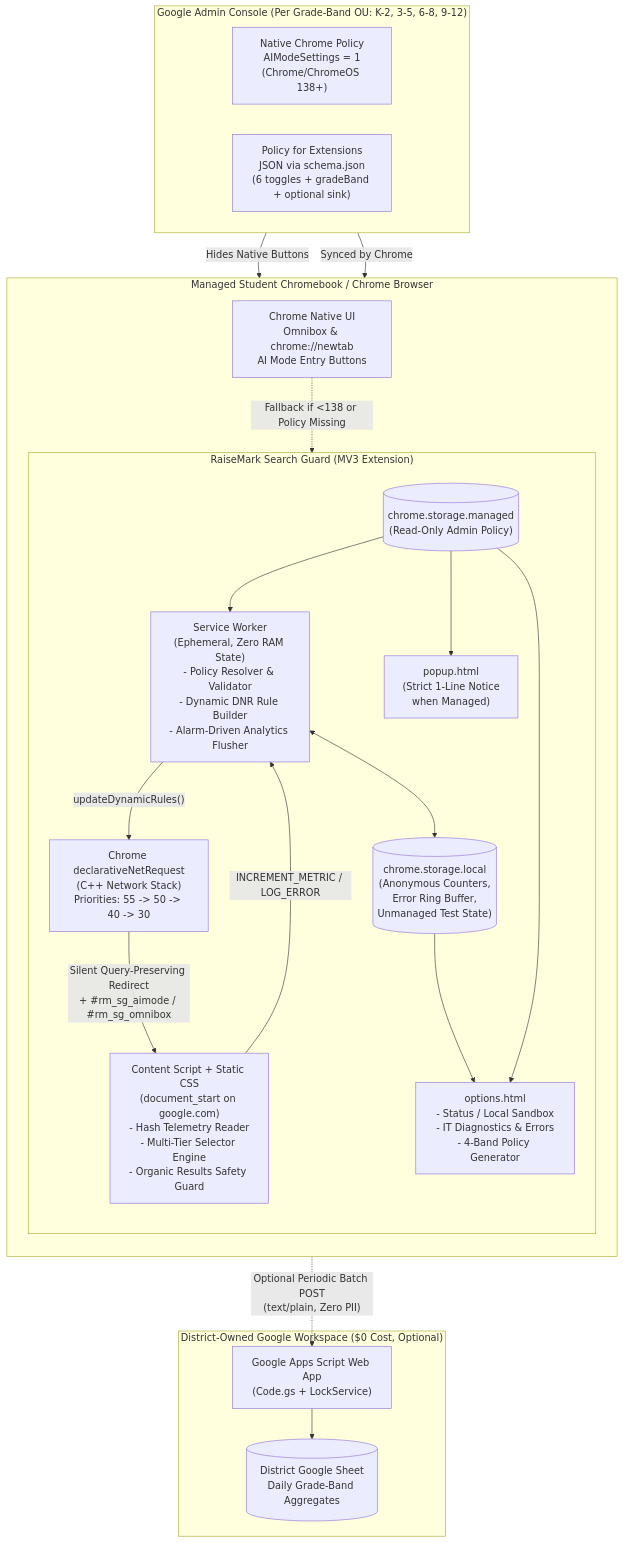
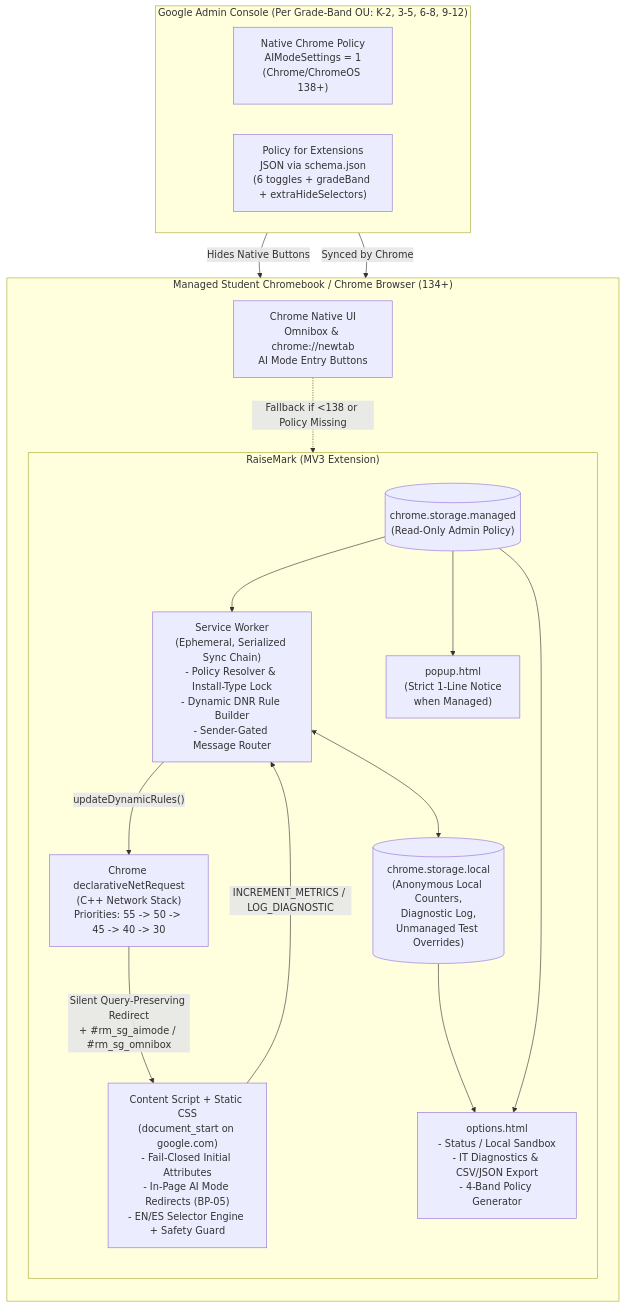
Before and after one commit to andrewgitnersolutions/RM-AI-Search-Guard: the first of 4 diagrams in docs/02-ARCHITECTURE.md, drawn with Mermaid. The commit also changed other lines of this file and 35 other files, not shown here.

````diff
--- a/docs/02-ARCHITECTURE.md
+++ b/docs/02-ARCHITECTURE.md
@@ -14,43 +14,36 @@
 ```mermaid
 flowchart TB
     subgraph GAC["Google Admin Console (Per Grade-Band OU: K-2, 3-5, 6-8, 9-12)"]
         direction LR
         NAT["Native Chrome Policy\nAIModeSettings = 1\n(Chrome/ChromeOS 138+)"]
-        MAN["Policy for Extensions\nJSON via schema.json\n(6 toggles + gradeBand + optional sink)"]
+        MAN["Policy for Extensions\nJSON via schema.json\n(6 toggles + gradeBand + extraHideSelectors)"]
     end
 
-    subgraph BROWSER["Managed Student Chromebook / Chrome Browser"]
+    subgraph BROWSER["Managed Student Chromebook / Chrome Browser (134+)"]
         direction TB
         OMNI["Chrome Native UI\nOmnibox & chrome://newtab\nAI Mode Entry Buttons"]
         
-        subgraph EXT["RaiseMark Search Guard (MV3 Extension)"]
+        subgraph EXT["RaiseMark (MV3 Extension)"]
             direction TB
-            SW["Service Worker\n(Ephemeral, Zero RAM State)\n- Policy Resolver & Validator\n- Dynamic DNR Rule Builder\n- Alarm-Driven Analytics Flusher"]
+            SW["Service Worker\n(Ephemeral, Serialized Sync Chain)\n- Policy Resolver & Install-Type Lock\n- Dynamic DNR Rule Builder\n- Sender-Gated Message Router"]
             STOR_M[("chrome.storage.managed\n(Read-Only Admin Policy)")]
-            STOR_L[("chrome.storage.local\n(Anonymous Counters,\nError Ring Buffer,\nUnmanaged Test State)")]
-            DNR["Chrome declarativeNetRequest\n(C++ Network Stack)\nPriorities: 55 -> 50 -> 40 -> 30"]
-            CS["Content Script + Static CSS\n(document_start on google.com)\n- Hash Telemetry Reader\n- Multi-Tier Selector Engine\n- Organic Results Safety Guard"]
+            STOR_L[("chrome.storage.local\n(Anonymous Local Counters,\nDiagnostic Log,\nUnmanaged Test Overrides)")]
+            DNR["Chrome declarativeNetRequest\n(C++ Network Stack)\nPriorities: 55 -> 50 -> 45 -> 40 -> 30"]
+            CS["Content Script + Static CSS\n(document_start on google.com)\n- Fail-Closed Initial Attributes\n- In-Page AI Mode Redirects (BP-05)\n- EN/ES Selector Engine + Safety Guard"]
             POP["popup.html\n(Strict 1-Line Notice\nwhen Managed)"]
-            OPT["options.html\n- Status / Local Sandbox\n- IT Diagnostics & Errors\n- 4-Band Policy Generator"]
+            OPT["options.html\n- Status / Local Sandbox\n- IT Diagnostics & CSV/JSON Export\n- 4-Band Policy Generator"]
         end
-    end
-
-    subgraph DIST["District-Owned Google Workspace ($0 Cost, Optional)"]
-        GAS["Google Apps Script Web App\n(Code.gs + LockService)"]
-        SHEET[("District Google Sheet\nDaily Grade-Band Aggregates")]
     end
 
     NAT -->|"Hides Native Buttons"| OMNI
     MAN -->|"Synced by Chrome"| STOR_M
     STOR_M --> SW
     SW <--> STOR_L
     SW -->|"updateDynamicRules()"| DNR
     OMNI -.->|"Fallback if <138 or Policy Missing"| DNR
     DNR -->|"Silent Query-Preserving Redirect\n+ #rm_sg_aimode / #rm_sg_omnibox"| CS
-    CS -->|"INCREMENT_METRIC / LOG_ERROR"| SW
+    CS -->|"INCREMENT_METRICS / LOG_DIAGNOSTIC"| SW
     STOR_L --> OPT
     STOR_M --> POP
     STOR_M --> OPT
-    SW -.->|"Optional Periodic Batch POST\n(text/plain, Zero PII)"| GAS
-    GAS --> SHEET
 ```
````
